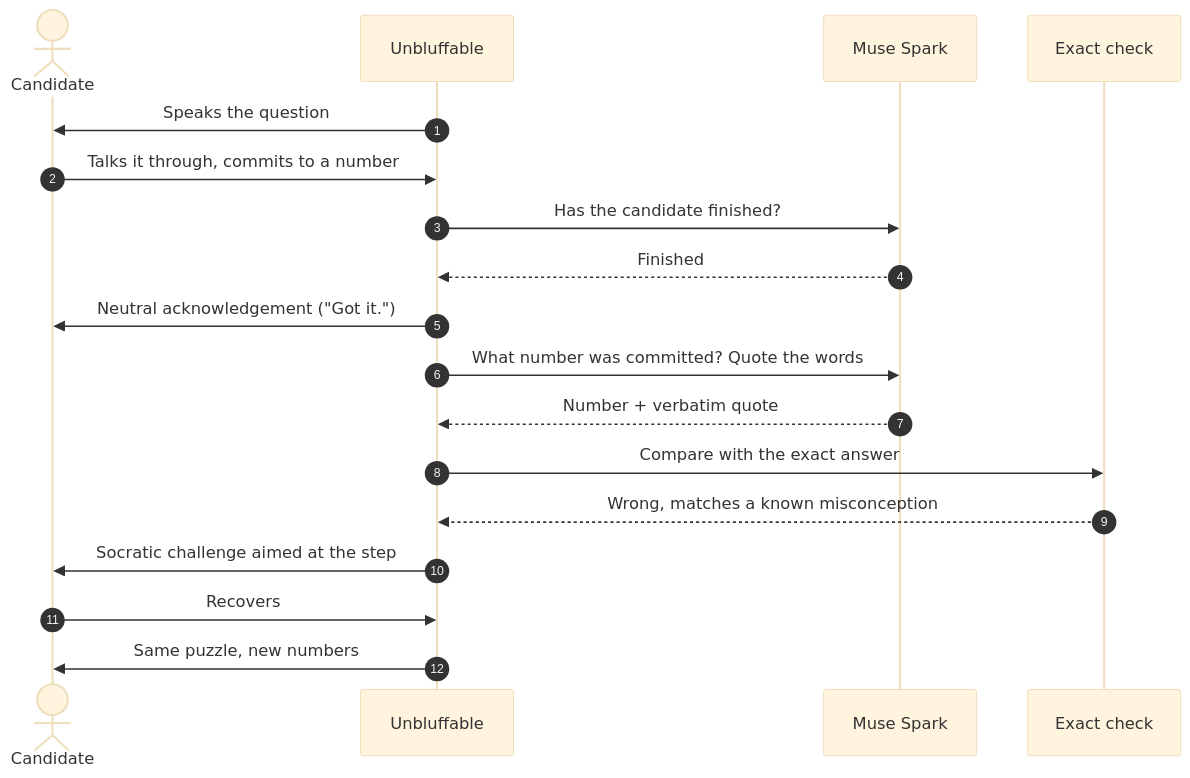
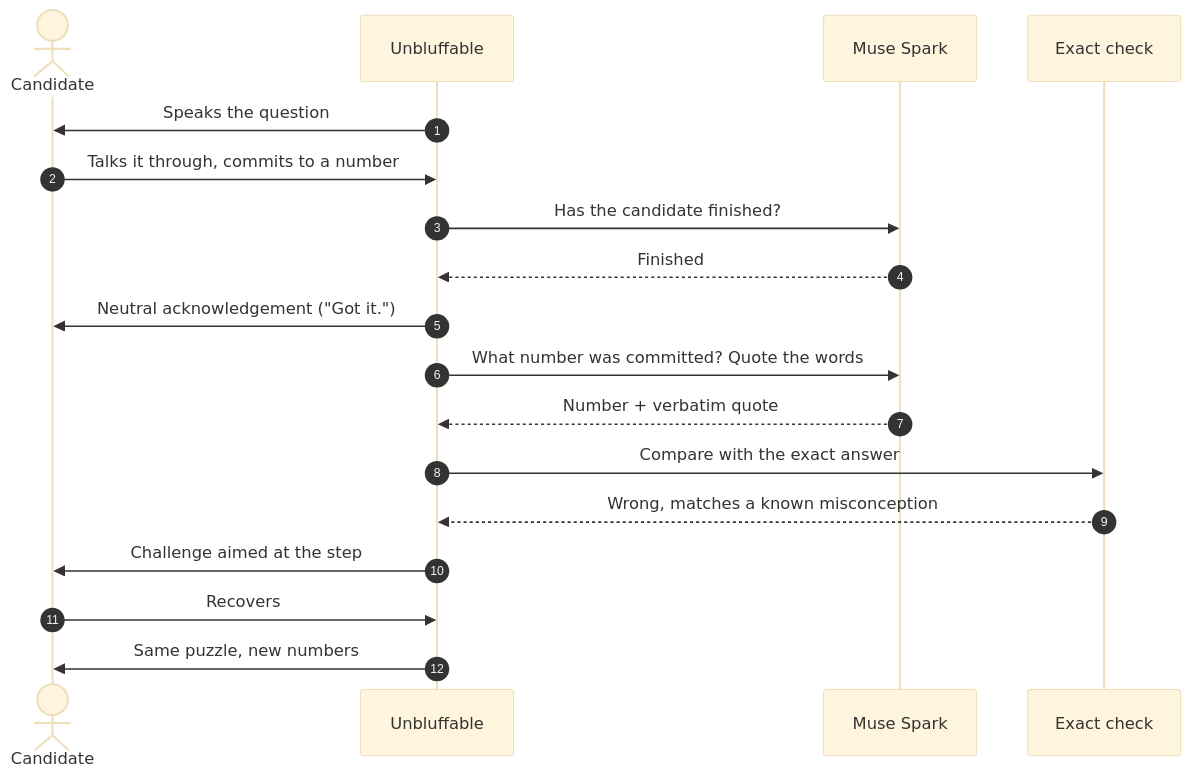
Before and after one commit to chisom-OOO/unbluffable: the second of 2 diagrams in README.md, drawn with Mermaid (base theme). The commit also changed other lines of this file, not shown here.

````diff
--- a/README.md
+++ b/README.md
@@ -80,21 +100,21 @@
 ```mermaid
 sequenceDiagram
     autonumber
     actor Cand as Candidate
     participant App as Unbluffable
     participant Spark as Muse Spark
     participant Code as Exact check
 
     App->>Cand: Speaks the question
     Cand->>App: Talks it through, commits to a number
     App->>Spark: Has the candidate finished?
     Spark-->>App: Finished
     App->>Cand: Neutral acknowledgement ("Got it.")
     App->>Spark: What number was committed? Quote the words
     Spark-->>App: Number + verbatim quote
     App->>Code: Compare with the exact answer
     Code-->>App: Wrong, matches a known misconception
-    App->>Cand: Socratic challenge aimed at the step
+    App->>Cand: Challenge aimed at the step
     Cand->>App: Recovers
     App->>Cand: Same puzzle, new numbers
 ```
````
